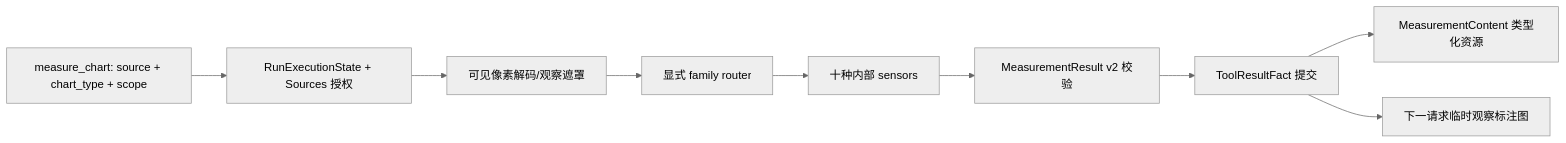
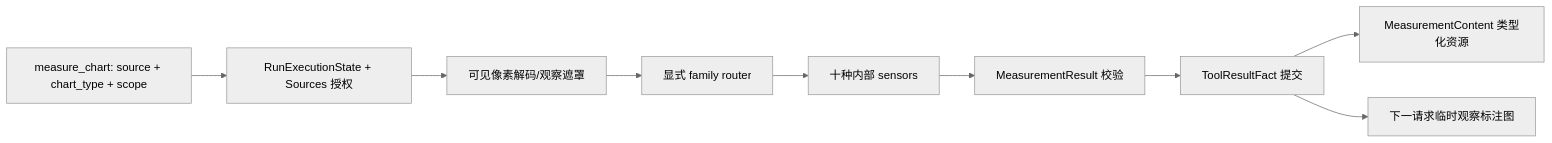
One commit to YeZibn/Figura changed the diagram in docs/figura/tools.md. Above: the diagram before and after it, drawn with Mermaid (neutral theme). The commit also changed other lines of this file and 113 other files, not shown here.

Commit message:
refactor(measurements): 升级测量结果合同至v3并完善图表测量能力

````diff
--- a/docs/figura/tools.md
+++ b/docs/figura/tools.md
@@ -218,11 +240,11 @@
 ```mermaid
 flowchart LR
     Call[measure_chart: source + chart_type + scope] --> Authorize[RunExecutionState + Sources 授权]
     Authorize --> Decode[可见像素解码/观察遮罩]
     Decode --> Router[显式 family router]
     Router --> Sensors[十种内部 sensors]
-    Sensors --> Contract[MeasurementResult v2 校验]
+    Sensors --> Contract[MeasurementResult 校验]
     Contract --> Fact[ToolResultFact 提交]
     Fact --> Projection[MeasurementContent 类型化资源]
     Fact --> Overlay[下一请求临时观察标注图]
 ```
````
